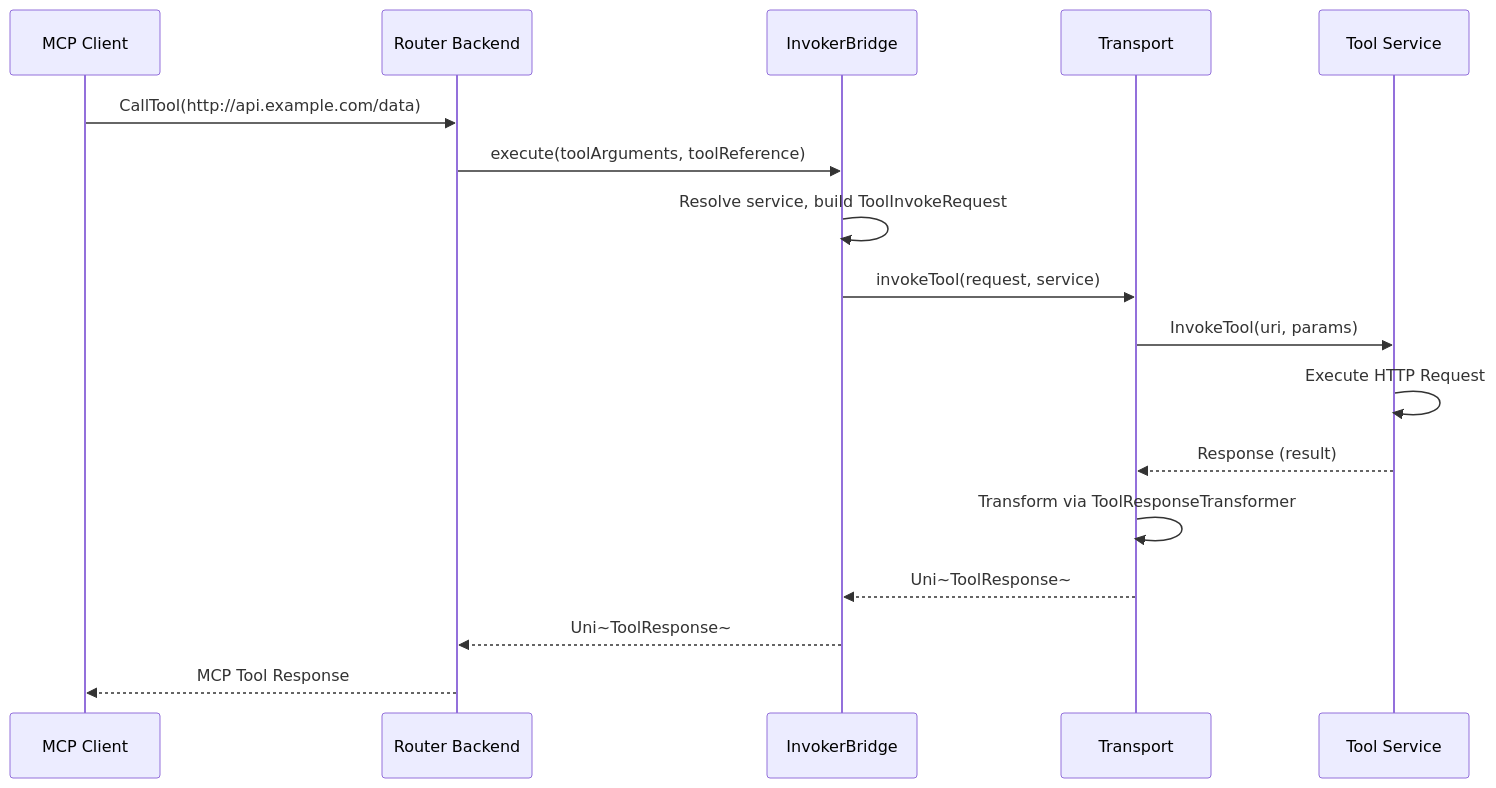
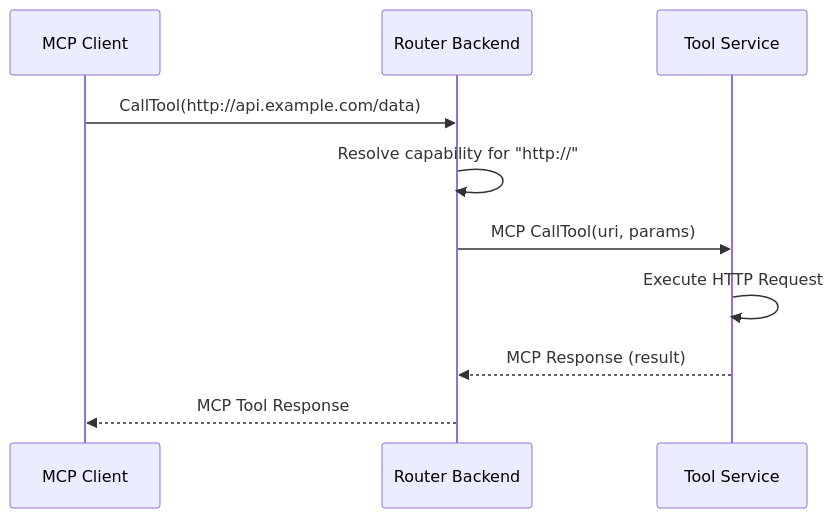
One commit to orpiske/wanaku-barn changed the second of 2 diagrams in docs/wanaku-router-internals.md. Above: the diagram before and after it, drawn with Mermaid. The commit also changed other lines of this file and 4 other files, not shown here.

First line of the commit message:
chore: fix docs to reflect MCP-based router-to-capability communication

````diff
--- a/docs/wanaku-router-internals.md
+++ b/docs/wanaku-router-internals.md
@@ -244,20 +62,13 @@
 ```mermaid
 sequenceDiagram
     participant MCP as MCP Client
     participant Router as Router Backend
-    participant IB as InvokerBridge
-    participant Transport as Transport
     participant Tool as Tool Service
 
     MCP->>Router: CallTool(http://api.example.com/data)
-    Router->>IB: execute(toolArguments, toolReference)
-    IB->>IB: Resolve service, build ToolInvokeRequest
-    IB->>Transport: invokeTool(request, service)
-    Transport->>Tool: InvokeTool(uri, params)
+    Router->>Router: Resolve capability for "http://"
+    Router->>Tool: MCP CallTool(uri, params)
     Tool->>Tool: Execute HTTP Request
-    Tool-->>Transport: Response (result)
-    Transport->>Transport: Transform via ToolResponseTransformer
-    Transport-->>IB: Uni~ToolResponse~
-    IB-->>Router: Uni~ToolResponse~
+    Tool-->>Router: MCP Response (result)
     Router-->>MCP: MCP Tool Response
 ```
````
